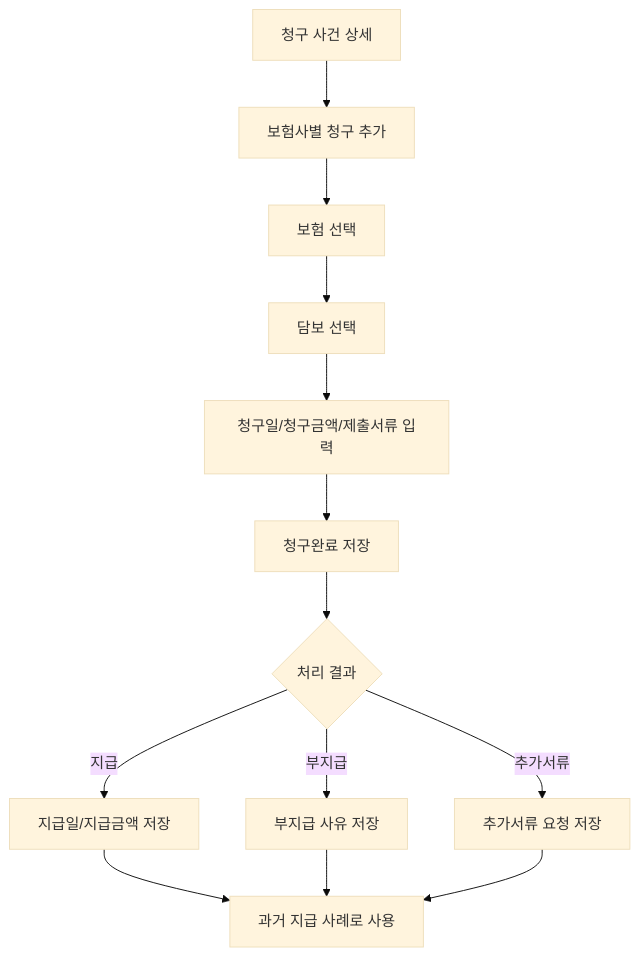
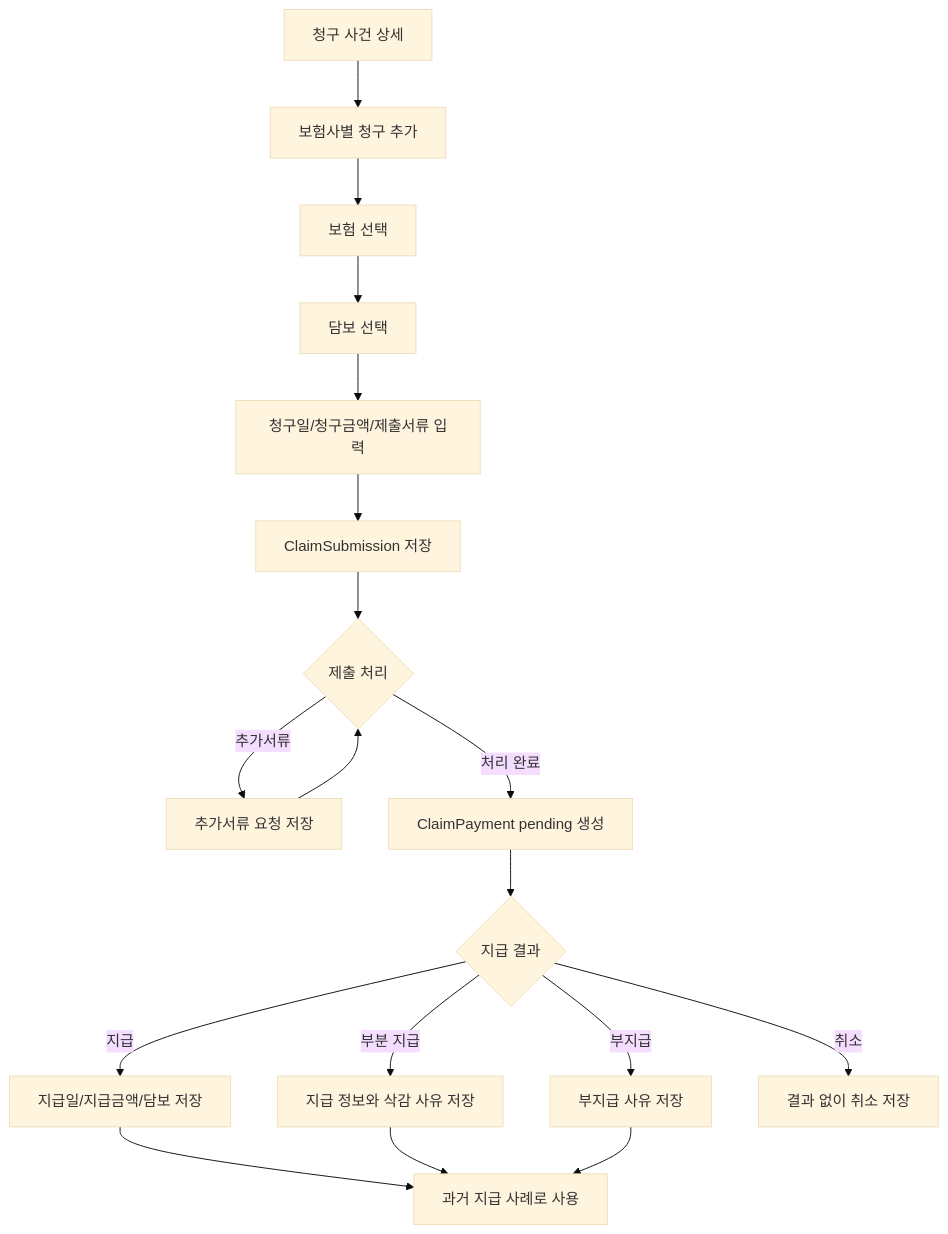
One commit to jin8855/FamilyClaimRef changed the fifth of 7 diagrams in docs/03_USER_FLOW.md. Above: the diagram before and after it, drawn with Mermaid (base theme). The commit also changed 27 other files, not shown here.

Commit message:
feat(familyclaimref): add claim payment persistence

````diff
--- a/docs/03_USER_FLOW.md
+++ b/docs/03_USER_FLOW.md
@@ -95,15 +95,20 @@
 ```mermaid
 flowchart TD
     A[청구 사건 상세] --> B[보험사별 청구 추가]
     B --> C[보험 선택]
     C --> D[담보 선택]
     D --> E[청구일/청구금액/제출서류 입력]
-    E --> F[청구완료 저장]
-    F --> G{처리 결과}
-    G -->|지급| H[지급일/지급금액 저장]
-    G -->|부지급| I[부지급 사유 저장]
-    G -->|추가서류| J[추가서류 요청 저장]
-    H --> K[과거 지급 사례로 사용]
-    I --> K
-    J --> K
+    E --> F[ClaimSubmission 저장]
+    F --> G{제출 처리}
+    G -->|추가서류| H[추가서류 요청 저장]
+    H --> G
+    G -->|처리 완료| I[ClaimPayment pending 생성]
+    I --> J{지급 결과}
+    J -->|지급| K[지급일/지급금액/담보 저장]
+    J -->|부분 지급| L[지급 정보와 삭감 사유 저장]
+    J -->|부지급| M[부지급 사유 저장]
+    J -->|취소| N[결과 없이 취소 저장]
+    K --> O[과거 지급 사례로 사용]
+    L --> O
+    M --> O
 ```
````
